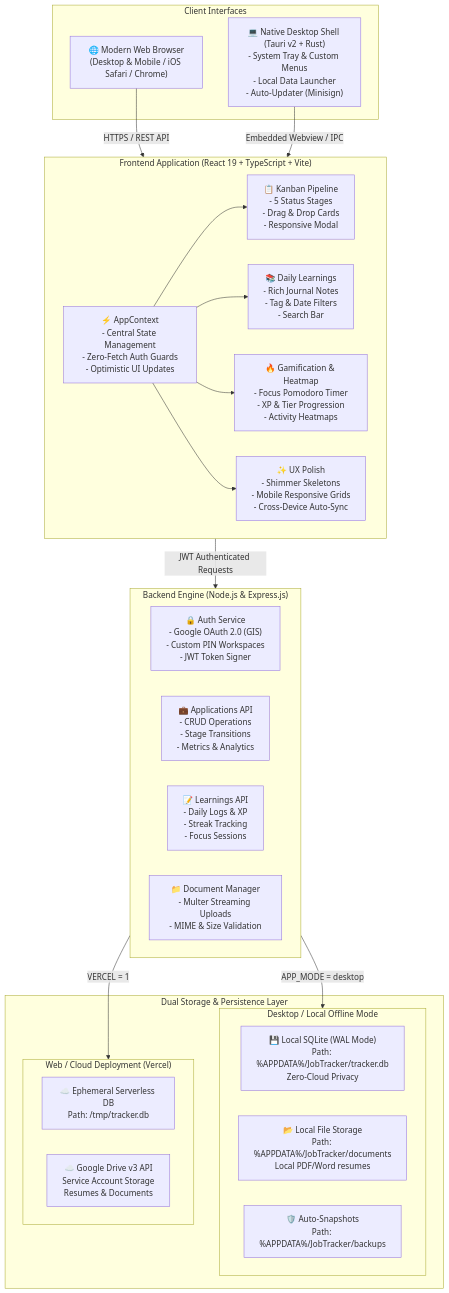
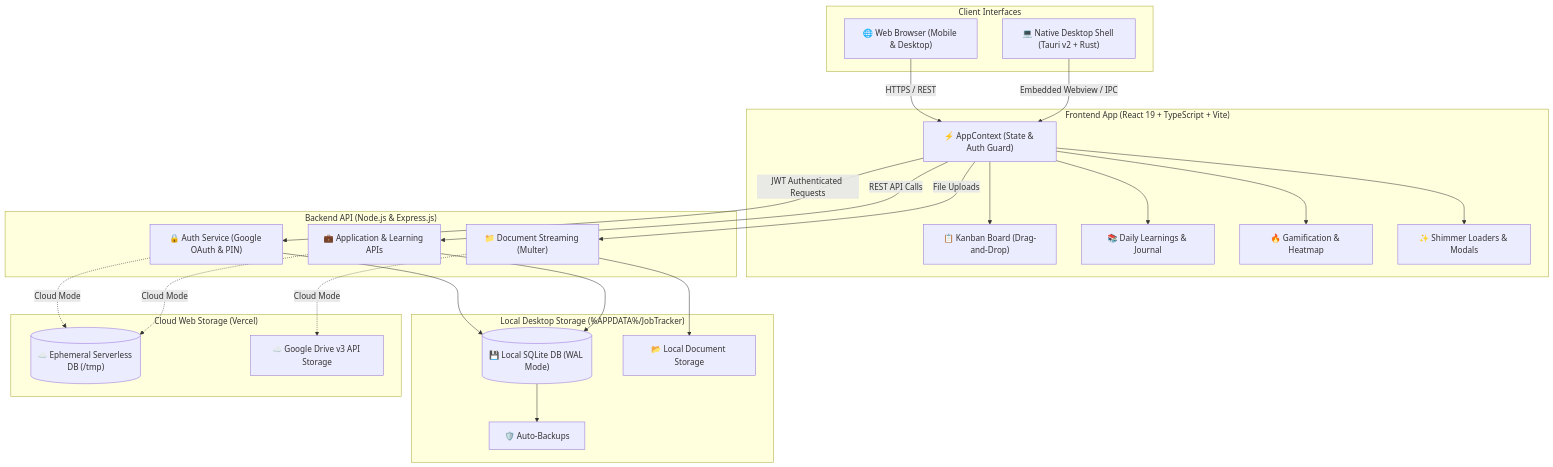
Before and after one commit to varunchandra10/job_kanban_board: the first of 3 diagrams in docs/ARCHITECTURE.md, drawn with Mermaid. The commit also changed 1 other file, not shown here.

Commit message:
docs: fix Mermaid syntax for 100% GitHub-compatible rich display rendering

````diff
--- a/docs/ARCHITECTURE.md
+++ b/docs/ARCHITECTURE.md
@@ -9,47 +9,53 @@
 ```mermaid
-graph TD
-    subgraph Client_Layer ["Client Interfaces"]
-        WEB["🌐 Modern Web Browser\n(Desktop & Mobile / iOS Safari / Chrome)"]
-        DESK["💻 Native Desktop Shell (Tauri v2 + Rust)\n- System Tray & Custom Menus\n- Local Data Launcher\n- Auto-Updater (Minisign)"]
+flowchart TD
+    subgraph Client ["Client Interfaces"]
+        WEB["🌐 Web Browser (Mobile & Desktop)"]
+        DESK["💻 Native Desktop Shell (Tauri v2 + Rust)"]
     end
 
-    subgraph Frontend_App ["Frontend Application (React 19 + TypeScript + Vite)"]
-        UI_KANBAN["📋 Kanban Pipeline\n- 5 Status Stages\n- Drag & Drop Cards\n- Responsive Modal"]
-        UI_LEARN["📚 Daily Learnings\n- Rich Journal Notes\n- Tag & Date Filters\n- Search Bar"]
-        UI_STATS["🔥 Gamification & Heatmap\n- Focus Pomodoro Timer\n- XP & Tier Progression\n- Activity Heatmaps"]
-        UI_LOADER["✨ UX Polish\n- Shimmer Skeletons\n- Mobile Responsive Grids\n- Cross-Device Auto-Sync"]
-        STATE["⚡ AppContext\n- Central State Management\n- Zero-Fetch Auth Guards\n- Optimistic UI Updates"]
+    subgraph Frontend ["Frontend App (React 19 + TypeScript + Vite)"]
+        STATE["⚡ AppContext (State & Auth Guard)"]
+        UI_KANBAN["📋 Kanban Board (Drag-and-Drop)"]
+        UI_LEARN["📚 Daily Learnings & Journal"]
+        UI_STATS["🔥 Gamification & Heatmap"]
+        UI_LOADER["✨ Shimmer Loaders & Modals"]
     end
 
-    subgraph Backend_Engine ["Backend Engine (Node.js & Express.js)"]
-        AUTH_ROUTER["🔒 Auth Service\n- Google OAuth 2.0 (GIS)\n- Custom PIN Workspaces\n- JWT Token Signer"]
-        APP_ROUTER["💼 Applications API\n- CRUD Operations\n- Stage Transitions\n- Metrics & Analytics"]
-        LEARN_ROUTER["📝 Learnings API\n- Daily Logs & XP\n- Streak Tracking\n- Focus Sessions"]
-        STORAGE_ROUTER["📁 Document Manager\n- Multer Streaming Uploads\n- MIME & Size Validation"]
+    subgraph Backend ["Backend API (Node.js & Express.js)"]
+        AUTH_ROUTER["🔒 Auth Service (Google OAuth & PIN)"]
+        API_ROUTER["💼 Application & Learning APIs"]
+        STORAGE_ROUTER["📁 Document Streaming (Multer)"]
     end
 
-    subgraph Storage_Layer ["Dual Storage & Persistence Layer"]
-        subgraph Desktop_Mode ["Desktop / Local Offline Mode"]
-            SQLITE_LOCAL["💾 Local SQLite (WAL Mode)\nPath: %APPDATA%/JobTracker/tracker.db\nZero-Cloud Privacy"]
-            DOCS_LOCAL["📂 Local File Storage\nPath: %APPDATA%/JobTracker/documents\nLocal PDF/Word resumes"]
-            BACKUP_LOCAL["🛡️ Auto-Snapshots\nPath: %APPDATA%/JobTracker/backups"]
-        end
-
-        subgraph Cloud_Mode ["Web / Cloud Deployment (Vercel)"]
-            SQLITE_CLOUD["☁️ Ephemeral Serverless DB\nPath: /tmp/tracker.db"]
-            GDRIVE["☁️ Google Drive v3 API\nService Account Storage\nResumes & Documents"]
-        end
+    subgraph Local_Storage ["Local Desktop Storage (%APPDATA%/JobTracker)"]
+        SQLITE_LOCAL[("💾 Local SQLite DB (WAL Mode)")]
+        DOCS_LOCAL["📂 Local Document Storage"]
+        BACKUP_LOCAL["🛡️ Auto-Backups"]
     end
 
-    WEB -->|"HTTPS / REST API"| Frontend_App
-    DESK -->|"Embedded Webview / IPC"| Frontend_App
+    subgraph Cloud_Storage ["Cloud Web Storage (Vercel)"]
+        SQLITE_CLOUD[("☁️ Ephemeral Serverless DB (/tmp)")]
+        GDRIVE["☁️ Google Drive v3 API Storage"]
+    end
 
-    Frontend_App -->|"JWT Authenticated Requests"| Backend_Engine
+    WEB -->|"HTTPS / REST"| STATE
+    DESK -->|"Embedded Webview / IPC"| STATE
+
     STATE --> UI_KANBAN
     STATE --> UI_LEARN
     STATE --> UI_STATS
     STATE --> UI_LOADER
 
-    Backend_Engine -->|"APP_MODE = desktop"| Desktop_Mode
-    Backend_Engine -->|"VERCEL = 1"| Cloud_Mode
+    STATE -->|"JWT Authenticated Requests"| AUTH_ROUTER
+    STATE -->|"REST API Calls"| API_ROUTER
+    STATE -->|"File Uploads"| STORAGE_ROUTER
+
+    AUTH_ROUTER --> SQLITE_LOCAL
+    API_ROUTER --> SQLITE_LOCAL
+    STORAGE_ROUTER --> DOCS_LOCAL
+    SQLITE_LOCAL --> BACKUP_LOCAL
+
+    AUTH_ROUTER -.->|"Cloud Mode"| SQLITE_CLOUD
+    API_ROUTER -.->|"Cloud Mode"| SQLITE_CLOUD
+    STORAGE_ROUTER -.->|"Cloud Mode"| GDRIVE
 ```
````
